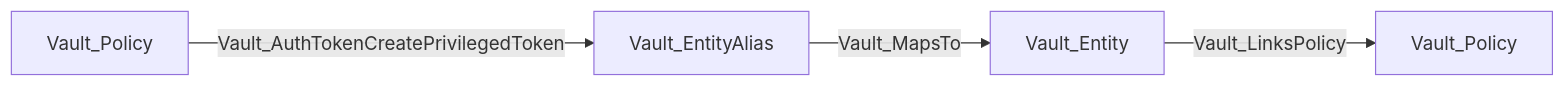
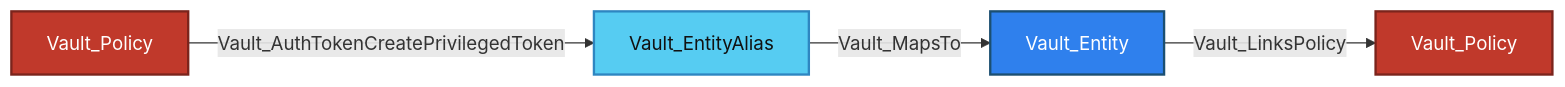
Diagram 27 of 28 in Documentation/stores/AUTH.md (bytewreck/opengraph-vault), drawn with Mermaid before and after one commit. The commit also changed other lines of this file and 4 other files, not shown here.

````diff
--- a/Documentation/stores/AUTH.md
+++ b/Documentation/stores/AUTH.md
@@ -1577,6 +1619,10 @@
 ```mermaid
 flowchart LR
-    P1[Vault_Policy] -->|Vault_AuthTokenCreatePrivilegedToken| EA[Vault_EntityAlias]
-    EA -->|Vault_MapsTo| VE[Vault_Entity]
-    VE -->|Vault_LinksPolicy| P2[Vault_Policy]
+    P1[Vault_Policy]:::policyNode -->|Vault_AuthTokenCreatePrivilegedToken| EA[Vault_EntityAlias]:::entityAliasNode
+    EA -->|Vault_MapsTo| VE[Vault_Entity]:::entityNode
+    VE -->|Vault_LinksPolicy| P2[Vault_Policy]:::policyNode
+
+    classDef policyNode fill:#C0392B,color:#fff,stroke:#7B241C,stroke-width:2px
+    classDef entityAliasNode fill:#56CCF2,color:#111,stroke:#2E86C1,stroke-width:2px
+    classDef entityNode fill:#2F80ED,color:#fff,stroke:#1B4F72,stroke-width:2px
 ```
````
